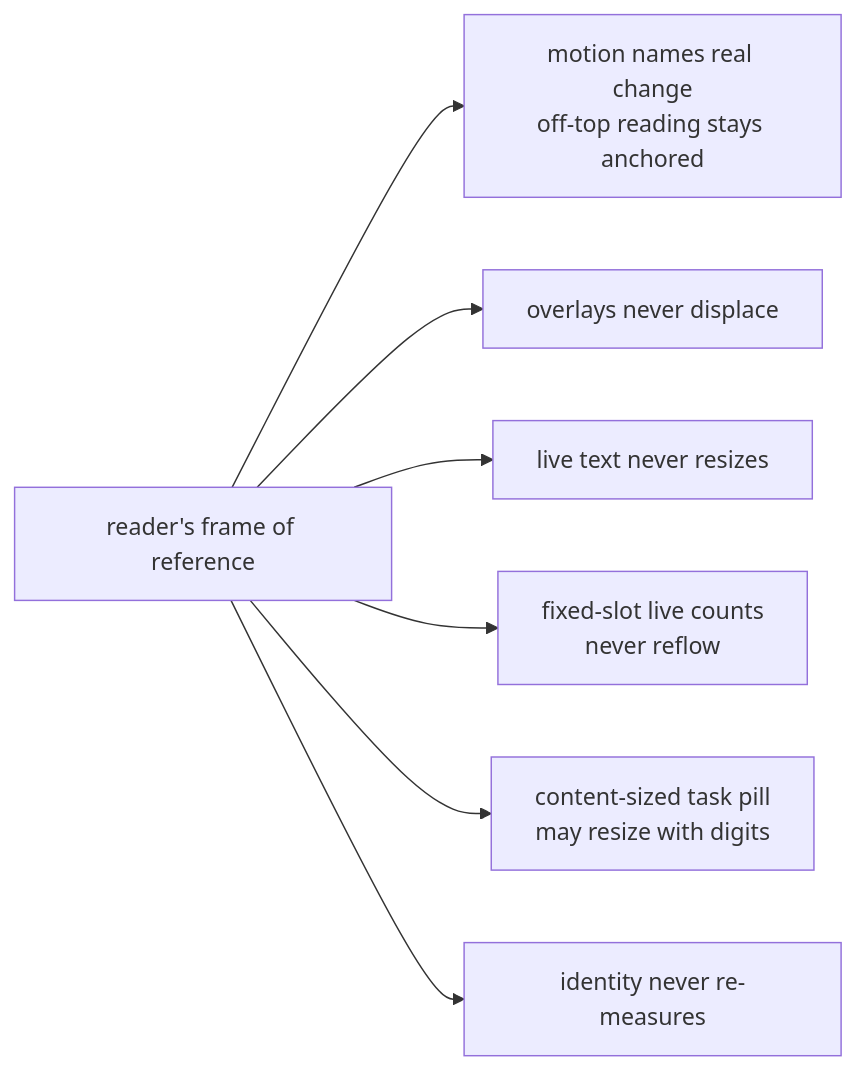
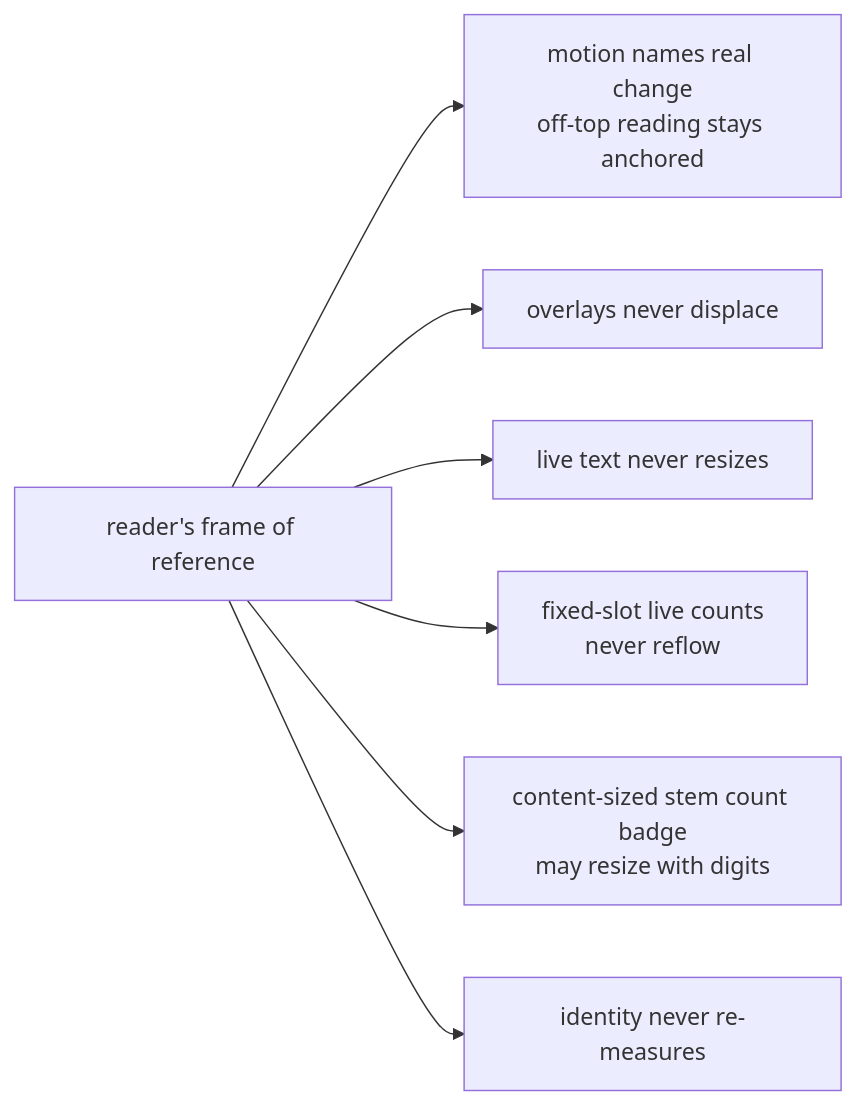
Before and after one commit to infimalabs/spice-rust: diagram 16 of 17 in docs/product/loops.md, drawn with Mermaid. The commit also changed other lines of this file and 3 other files, not shown here.

First line of the commit message:
docs: Describe task counts as one open-total badge DOCS-dVkdMkjkH

````diff
--- a/docs/product/loops.md
+++ b/docs/product/loops.md
@@ -703,9 +703,9 @@
 ```mermaid
 flowchart LR
   J["reader's frame of reference"] --> Movement["motion names real change<br/>off-top reading stays anchored"]
   J --> Overlays["overlays never displace"]
   J --> LiveText["live text never resizes"]
   J --> FixedCounts["fixed-slot live counts<br/>never reflow"]
-  J --> TaskPill["content-sized task pill<br/>may resize with digits"]
+  J --> TaskPill["content-sized stem count badge<br/>may resize with digits"]
   J --> Identity["identity never re-measures"]
 ```
````
